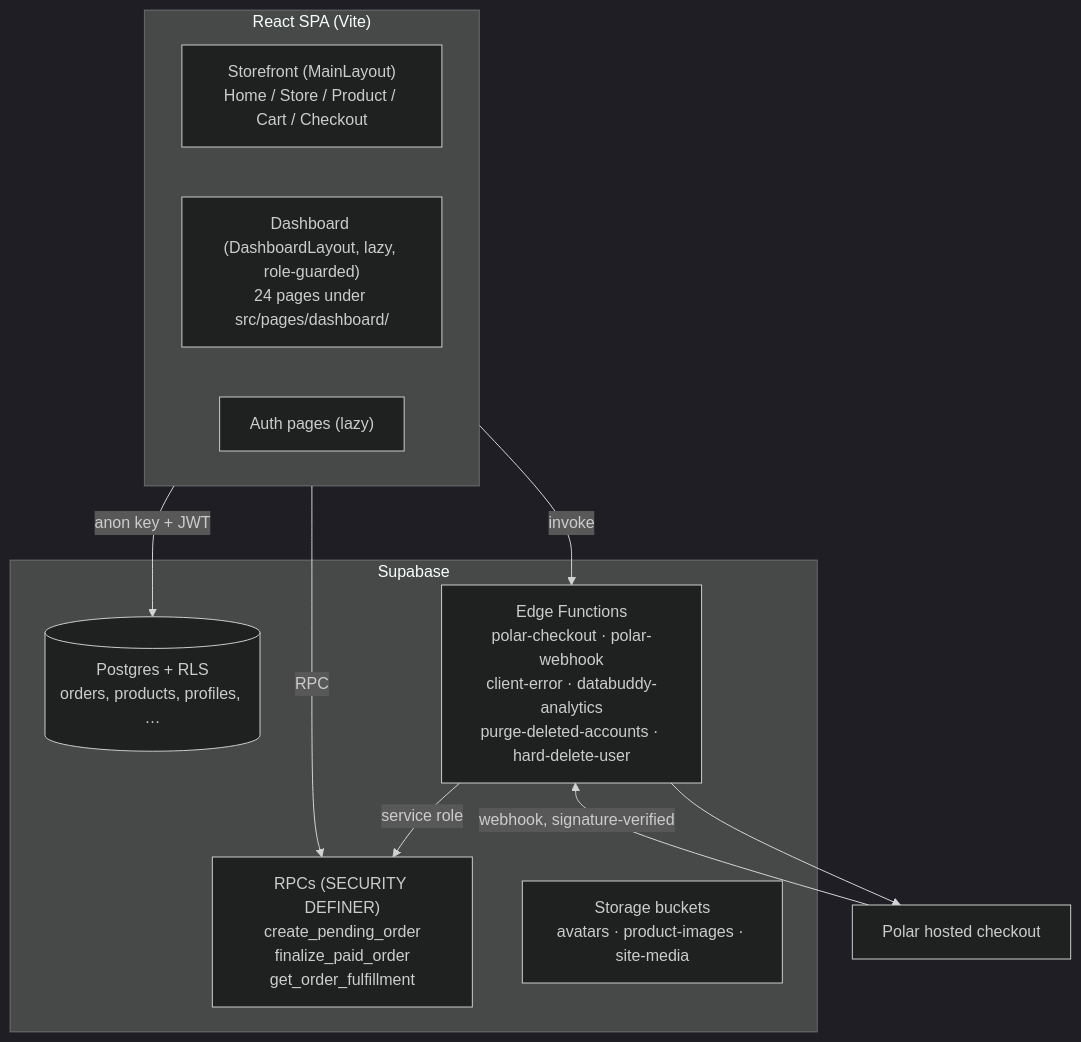
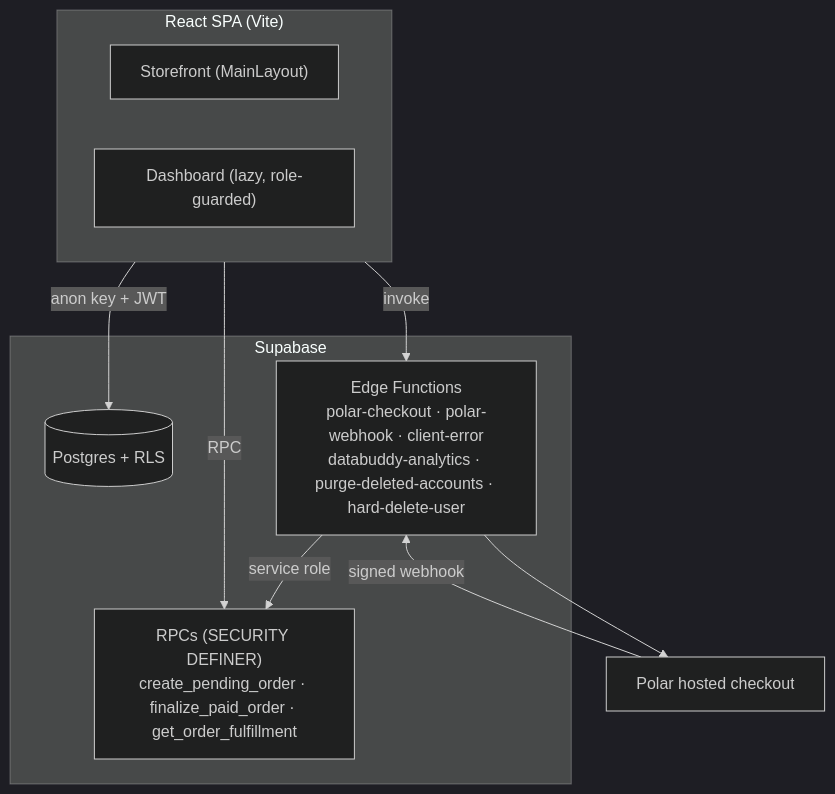
The diagram in README.md (Tmezjbn/HevenStore), drawn with Mermaid (dark theme) before and after one commit. The commit also changed other lines of this file and 8 other files, not shown here.

````diff
--- a/README.md
+++ b/README.md
@@ -53,21 +54,19 @@
 ```mermaid
 flowchart TB
   subgraph SPA["React SPA (Vite)"]
-    Store["Storefront (MainLayout)<br/>Home / Store / Product / Cart / Checkout"]
-    Dash["Dashboard (DashboardLayout, lazy, role-guarded)<br/>24 pages under src/pages/dashboard/"]
-    Auth["Auth pages (lazy)"]
+    Store["Storefront (MainLayout)"]
+    Dash["Dashboard (lazy, role-guarded)"]
   end
   subgraph Supabase
-    PG[("Postgres + RLS<br/>orders, products, profiles, …")]
-    RPC["RPCs (SECURITY DEFINER)<br/>create_pending_order<br/>finalize_paid_order<br/>get_order_fulfillment"]
-    EF["Edge Functions<br/>polar-checkout · polar-webhook<br/>client-error · databuddy-analytics<br/>purge-deleted-accounts · hard-delete-user"]
-    ST["Storage buckets<br/>avatars · product-images · site-media"]
+    PG[("Postgres + RLS")]
+    RPC["RPCs (SECURITY DEFINER)<br/>create_pending_order · finalize_paid_order · get_order_fulfillment"]
+    EF["Edge Functions<br/>polar-checkout · polar-webhook · client-error<br/>databuddy-analytics · purge-deleted-accounts · hard-delete-user"]
   end
   Polar["Polar hosted checkout"]
   SPA -->|anon key + JWT| PG
   SPA -->|RPC| RPC
   SPA -->|invoke| EF
   EF --> Polar
-  Polar -->|webhook, signature-verified| EF
+  Polar -->|signed webhook| EF
   EF -->|service role| RPC
 ```
````
